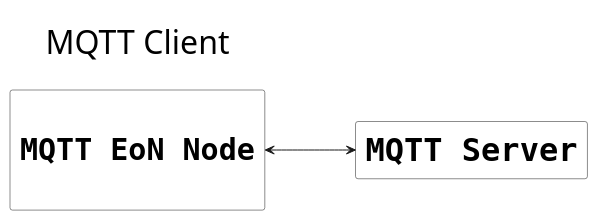
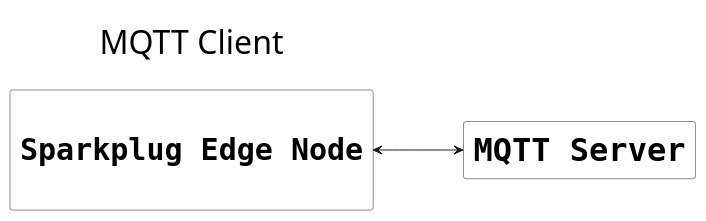
Before and after one commit to eclipse-sparkplug/sparkplug: the diagram in specification/src/main/asciidoc/assets/plantuml/simple-mqtt-infrastructure.puml, drawn with PlantUML. The commit also changed 8 other files, not shown here.

```diff
--- a/specification/src/main/asciidoc/assets/plantuml/simple-mqtt-infrastructure.puml
+++ b/specification/src/main/asciidoc/assets/plantuml/simple-mqtt-infrastructure.puml
@@ -1,40 +1,40 @@
 @startuml
 hide stereotype
 skinparam linetype polyline
 skinparam nodesep 90
 skinparam ranksep 10
 skinparam defaultTextAlignment center
 skinparam monochrome true
 
 skinparam rectangle {
 	BackgroundColor #white
 	FontSize 28
 }
 
 skinparam rectangle<<textBlock>> {
 	BackgroundColor #white
 	BorderThickness 0
 	BorderColor transparent
 	FontSize 32
 	Shadowing false
 }
 
 rectangle MQTTServer [
 		==""MQTT Server""
 	]
 together {
 
 	rectangle Node1 [
 	"" ""
-	===""MQTT EoN Node""
+	===""Sparkplug Edge Node""
 	"" ""
 	]
 	rectangle "MQTT Client" <<textBlock>> as MQTTClient
 }
 
 
 
 [MQTTServer] <-right-----> [Node1]
 [Node1] -[hidden]up- [MQTTClient]
 
 @enduml
```
